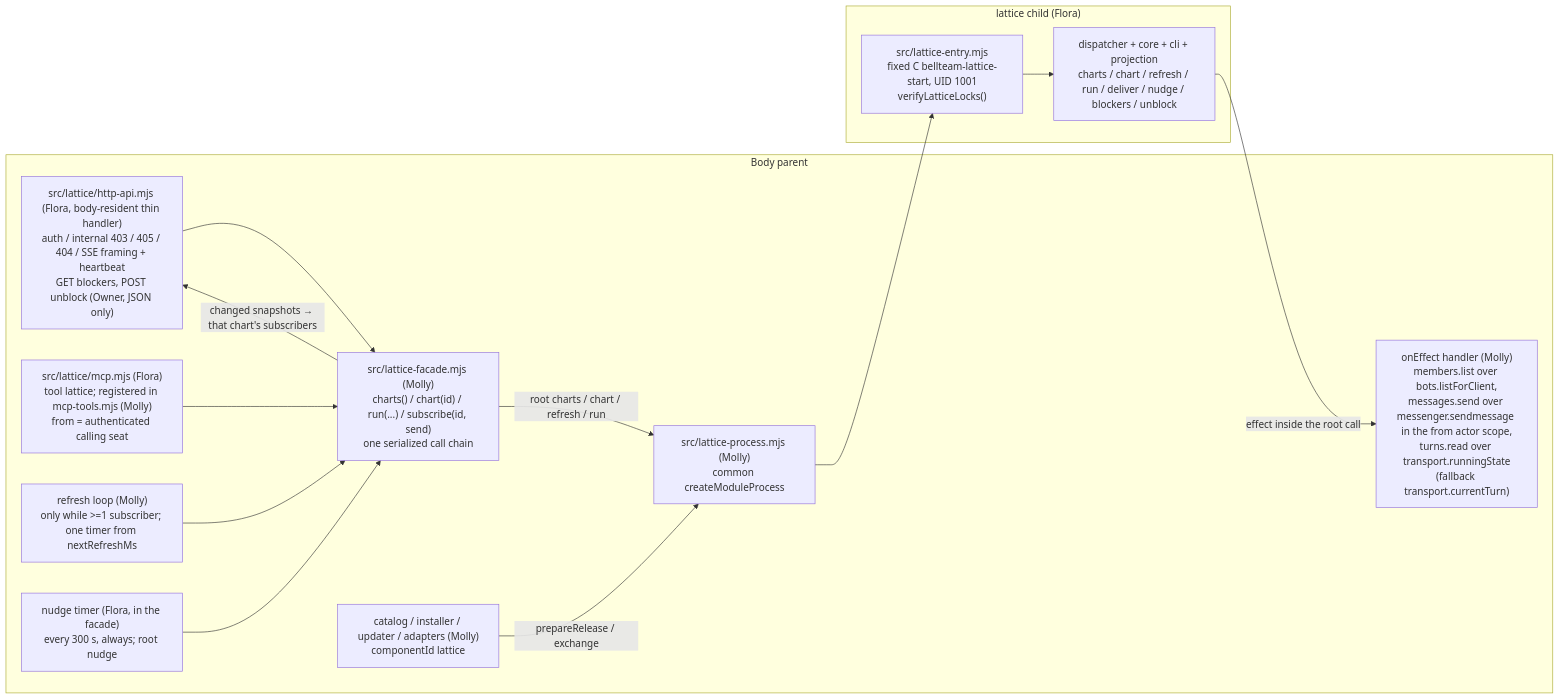
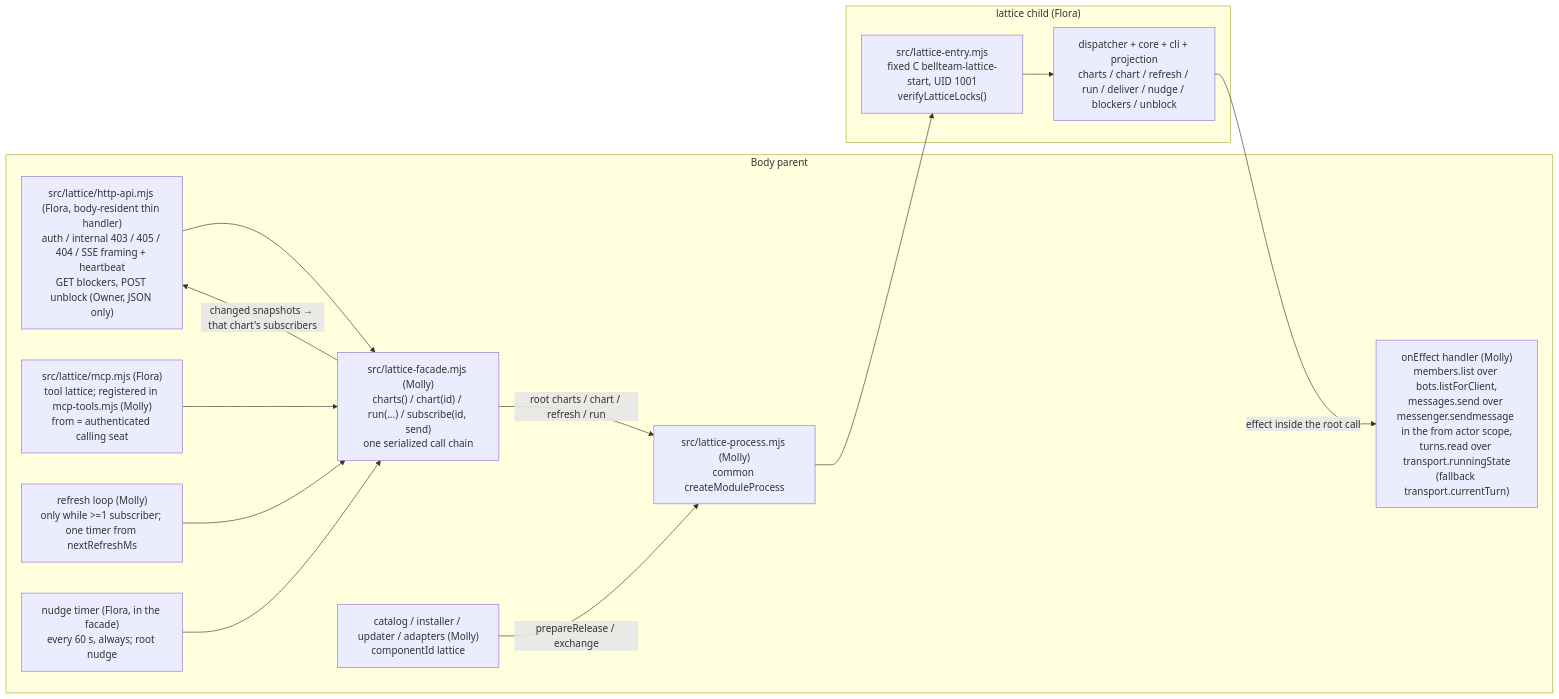
One commit to kitepon/BellTeam changed the diagram in docs/architecture/modules/runtime/lattice-child.md. Above: the diagram before and after it, drawn with Mermaid. The commit also changed other lines of this file and 9 other files, not shown here.

Commit message:
lattice: one-minute prompt sweep from the chart cards, one prompt per Bot; waiting-mark guidance in the tool description

````diff
--- a/docs/architecture/modules/runtime/lattice-child.md
+++ b/docs/architecture/modules/runtime/lattice-child.md
@@ -7,26 +7,26 @@
 ```mermaid
 flowchart LR
   subgraph Parent["Body parent"]
     Route["src/lattice/http-api.mjs (Flora, body-resident thin handler)<br/>auth / internal 403 / 405 / 404 / SSE framing + heartbeat<br/>GET blockers, POST unblock (Owner, JSON only)"]
     Tool["src/lattice/mcp.mjs (Flora)<br/>tool lattice; registered in mcp-tools.mjs (Molly)<br/>from = authenticated calling seat"]
     Facade["src/lattice-facade.mjs (Molly)<br/>charts() / chart(id) / run(...) / subscribe(id, send)<br/>one serialized call chain"]
     Loop["refresh loop (Molly)<br/>only while >=1 subscriber; one timer from nextRefreshMs"]
-    Nudge["nudge timer (Flora, in the facade)<br/>every 300 s, always; root nudge"]
+    Nudge["nudge timer (Flora, in the facade)<br/>every 60 s, always; root nudge"]
     Proc["src/lattice-process.mjs (Molly)<br/>common createModuleProcess"]
     Ports["onEffect handler (Molly)<br/>members.list over bots.listForClient,<br/>messages.send over messenger.sendmessage in the from actor scope,<br/>turns.read over transport.runningState<br/>(fallback transport.currentTurn)"]
     Update["catalog / installer / updater / adapters (Molly)<br/>componentId lattice"]
   end
   subgraph Child["lattice child (Flora)"]
     Entry["src/lattice-entry.mjs<br/>fixed C bellteam-lattice-start, UID 1001<br/>verifyLatticeLocks()"]
     Disp["dispatcher + core + cli + projection<br/>charts / chart / refresh / run / deliver / nudge / blockers / unblock"]
   end
   Route --> Facade
   Tool --> Facade
   Loop --> Facade
   Nudge --> Facade
   Facade -->|"root charts / chart / refresh / run"| Proc
   Proc --> Entry --> Disp
   Disp -->|"effect inside the root call"| Ports
   Facade -->|"changed snapshots → that chart's subscribers"| Route
   Update -->|"prepareRelease / exchange"| Proc
 ```
````
